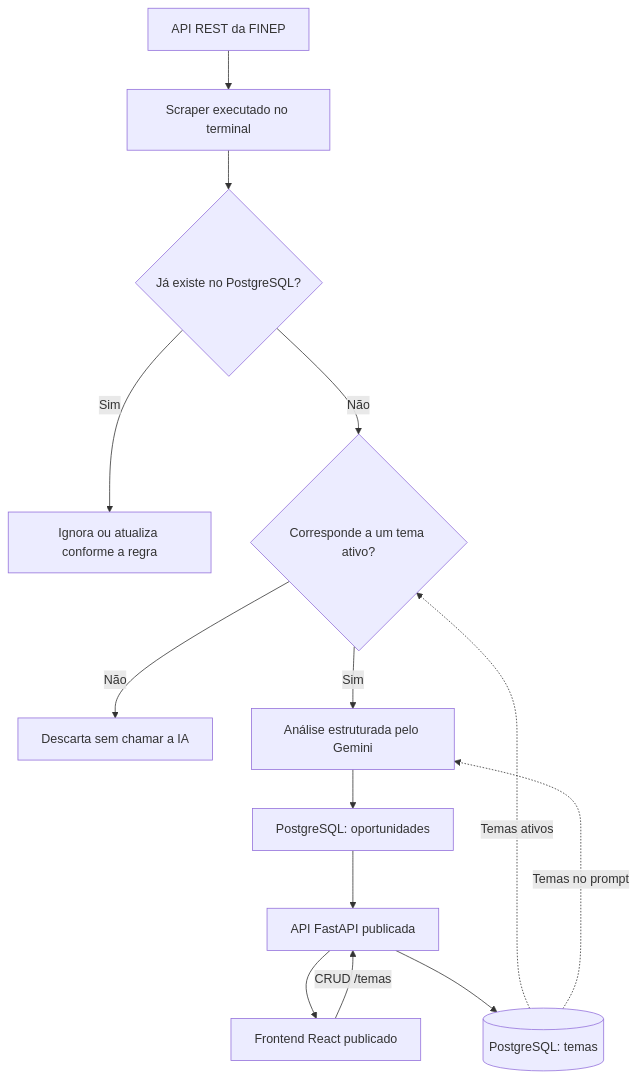
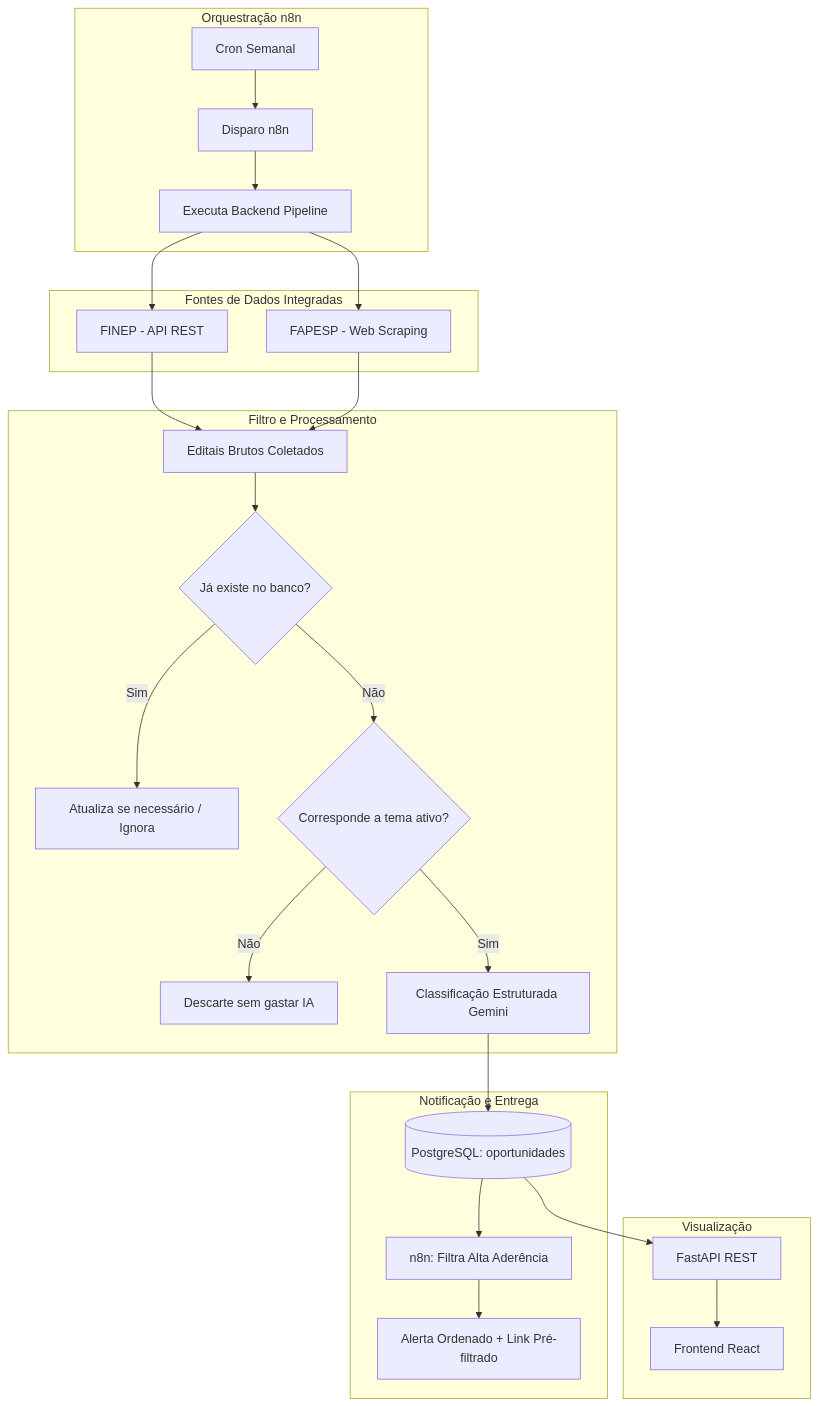
The diagram in doc/03_Fluxo_de_Dados.md (caioSiqueiraSantos/Buscador-de-Editais), drawn with Mermaid before and after one commit. The commit also changed other lines of this file and 4 other files, not shown here.

````diff
--- a/doc/03_Fluxo_de_Dados.md
+++ b/doc/03_Fluxo_de_Dados.md
@@ -71,16 +57,37 @@
 ```mermaid
 flowchart TD
-    A[API REST da FINEP] --> B[Scraper executado no terminal]
-    B --> C{Já existe no PostgreSQL?}
-    C -->|Sim| D[Ignora ou atualiza conforme a regra]
-    C -->|Não| E{Corresponde a um tema ativo?}
-    E -->|Não| F[Descarta sem chamar a IA]
-    E -->|Sim| G[Análise estruturada pelo Gemini]
-    G --> H[PostgreSQL: oportunidades]
-    T[(PostgreSQL: temas)] -.->|Temas ativos| E
-    T -.->|Temas no prompt| G
-    H --> I[API FastAPI publicada]
-    I --> J[Frontend React publicado]
-    J -->|CRUD /temas| I
-    I --> T
+    subgraph Orquestracao [Orquestração n8n]
+        Cron[Cron Semanal] --> Trigger[Disparo n8n]
+        Trigger --> RunPipeline[Executa Backend Pipeline]
+    end
+
+    subgraph Fontes [Fontes de Dados Integradas]
+        FINEP[FINEP - API REST]
+        FAPESP[FAPESP - Web Scraping]
+    end
+
+    RunPipeline --> FINEP
+    RunPipeline --> FAPESP
+    FINEP --> RawData[Editais Brutos Coletados]
+    FAPESP --> RawData
+
+    subgraph FiltroEProcessamento [Filtro e Processamento]
+        RawData --> CheckDup{Já existe no banco?}
+        CheckDup -->|Sim| Skip[Atualiza se necessário / Ignora]
+        CheckDup -->|Não| MatchTheme{Corresponde a tema ativo?}
+        MatchTheme -->|Não| Discard[Descarte sem gastar IA]
+        MatchTheme -->|Sim| Gemini[Classificação Estruturada Gemini]
+    end
+
+    Gemini --> DB[(PostgreSQL: oportunidades)]
+    
+    subgraph Notificacao [Notificação e Entrega]
+        DB --> NotifyN8N[n8n: Filtra Alta Aderência]
+        NotifyN8N --> TeamsAlert["Alerta Ordenado + Link Pré-filtrado"]
+    end
+
+    subgraph Visualizacao [Visualização]
+        DB --> API[FastAPI REST]
+        API --> Front[Frontend React]
+    end
 ```
````
